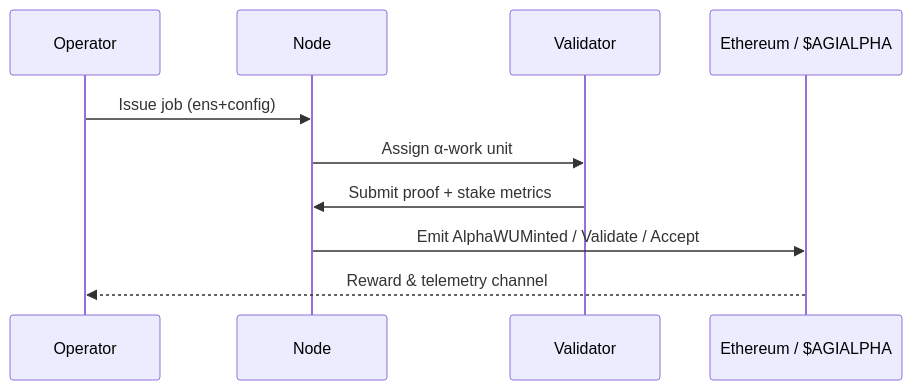
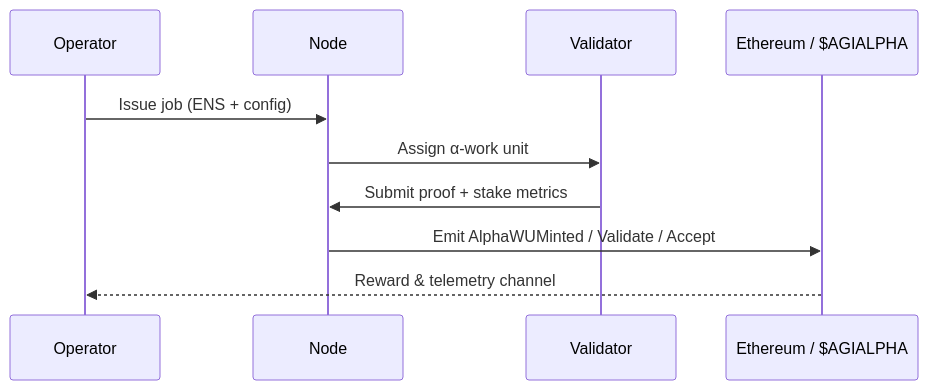
Before and after one commit to MontrealAI/AGI-Alpha-Node-v0: the fourth of 4 diagrams in README.md, drawn with Mermaid. The commit also changed other lines of this file, not shown here.

````diff
--- a/README.md
+++ b/README.md
@@ -297,12 +171,12 @@
 ```mermaid
 sequenceDiagram
   participant Operator
   participant Node
   participant Validator
   participant Chain as Ethereum / $AGIALPHA
-  Operator->>Node: Issue job (ens+config)
+  Operator->>Node: Issue job (ENS + config)
   Node->>Validator: Assign α-work unit
   Validator->>Node: Submit proof + stake metrics
   Node->>Chain: Emit AlphaWUMinted / Validate / Accept
   Chain-->>Operator: Reward & telemetry channel
 ```
````
